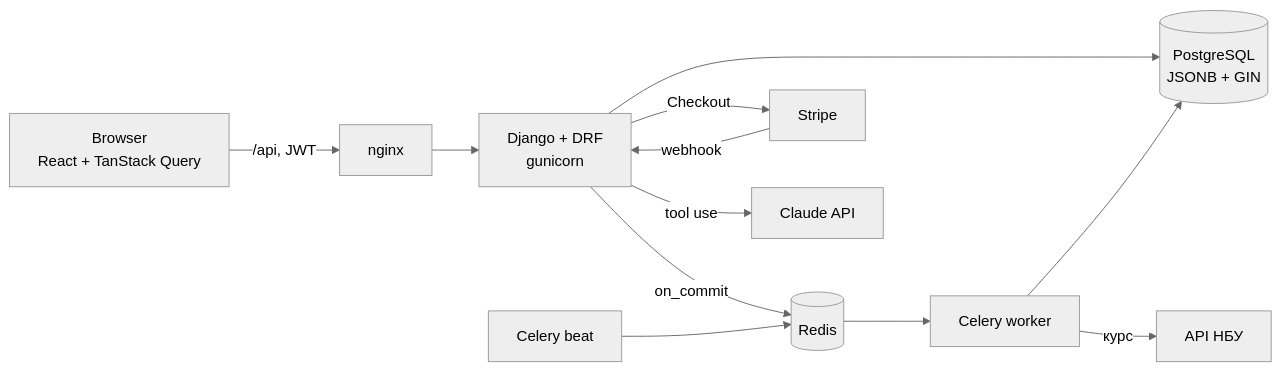
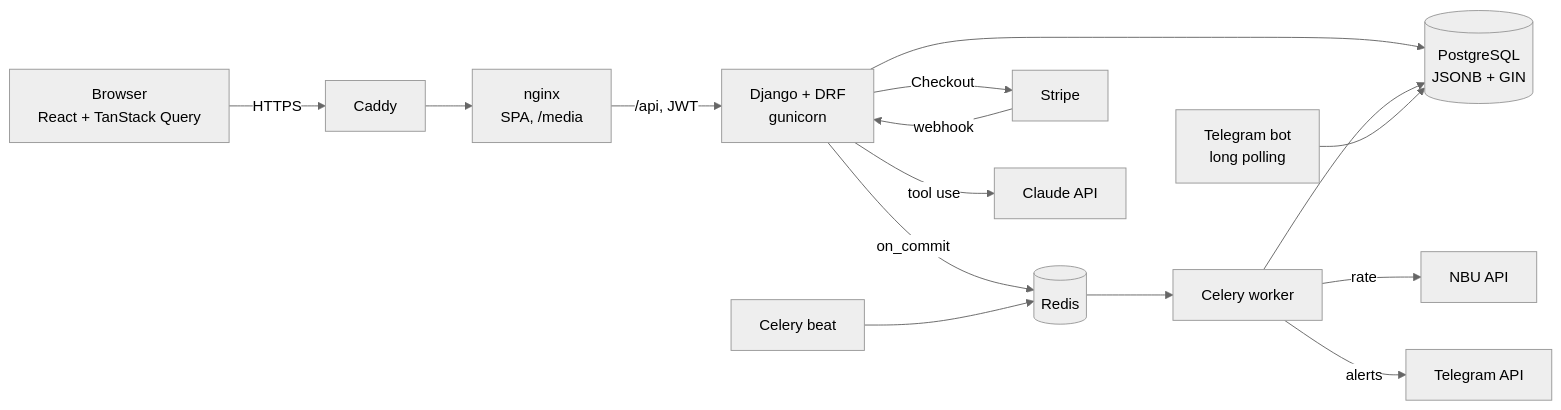
Before and after one commit to DAROLEND/PC-Builder: the diagram in README.md, drawn with Mermaid (neutral theme). The commit also changed other lines of this file and 9 other files, not shown here.

````diff
--- a/README.md
+++ b/README.md
@@ -61,14 +80,17 @@
 ```mermaid
 flowchart LR
-    B[Browser<br/>React + TanStack Query] -->|/api, JWT| N[nginx]
-    N --> D[Django + DRF<br/>gunicorn]
+    B[Browser<br/>React + TanStack Query] -->|HTTPS| C[Caddy]
+    C --> N[nginx<br/>SPA, /media]
+    N -->|/api, JWT| D[Django + DRF<br/>gunicorn]
     D --> P[(PostgreSQL<br/>JSONB + GIN)]
     D -->|on_commit| R[(Redis)]
     R --> W[Celery worker]
     BT[Celery beat] --> R
     W --> P
-    W -->|курс| NBU[API НБУ]
+    W -->|rate| NBU[NBU API]
     D -->|Checkout| S[Stripe]
     S -->|webhook| D
-    D -->|tool use| C[Claude API]
+    D -->|tool use| CL[Claude API]
+    TG[Telegram bot<br/>long polling] --> P
+    W -->|alerts| TGA[Telegram API]
 ```
````
